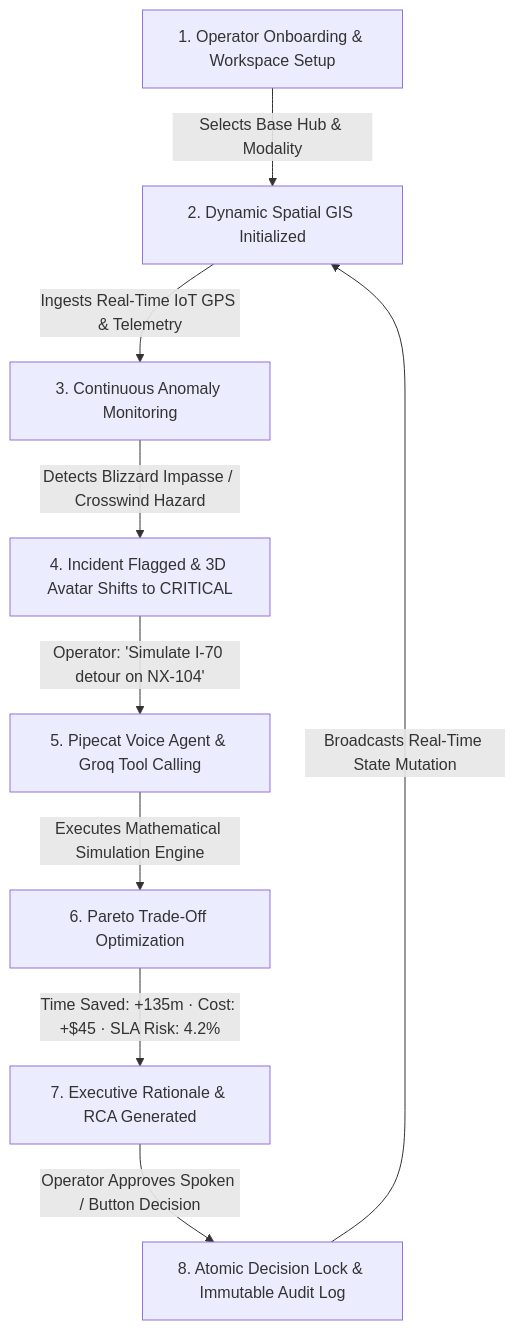
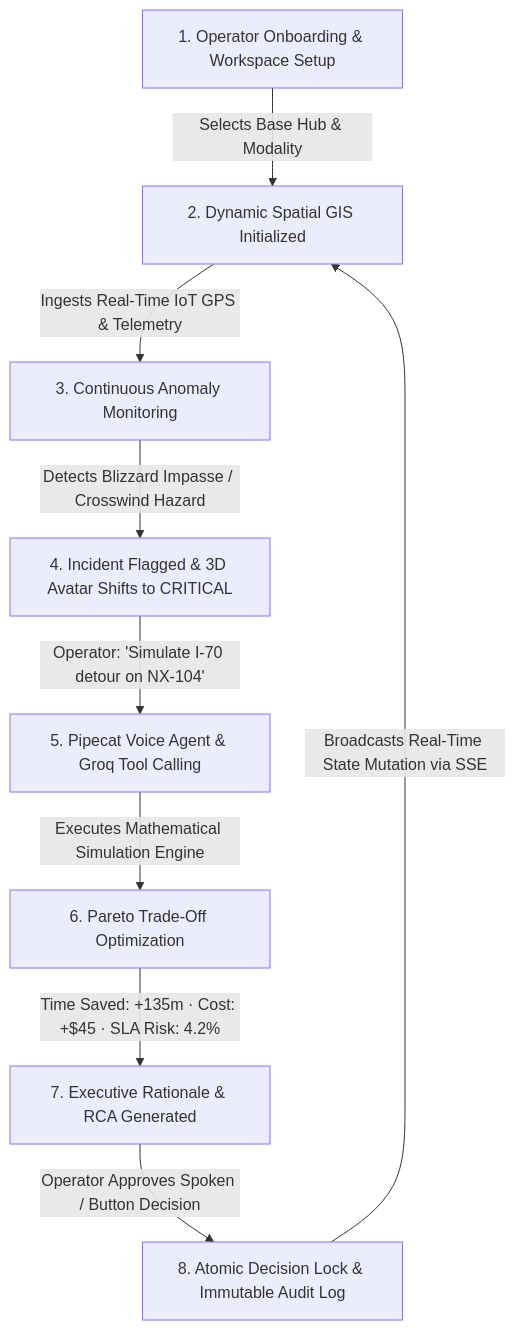
Before and after one commit to AadityaUniyal/Nexus: the diagram in README.md, drawn with Mermaid. The commit also changed other lines of this file and 3 other files, not shown here.

Commit message:
docs: overhaul README, Architecture, Database, and Design System specifications

````diff
--- a/README.md
+++ b/README.md
@@ -61,11 +64,11 @@
 ```mermaid
 flowchart TD
     A["1. Operator Onboarding & Workspace Setup"] -->|"Selects Base Hub & Modality"| B["2. Dynamic Spatial GIS Initialized"]
     B -->|"Ingests Real-Time IoT GPS & Telemetry"| C["3. Continuous Anomaly Monitoring"]
     C -->|"Detects Blizzard Impasse / Crosswind Hazard"| D["4. Incident Flagged & 3D Avatar Shifts to CRITICAL"]
     D -->|"Operator: 'Simulate I-70 detour on NX-104'"| E["5. Pipecat Voice Agent & Groq Tool Calling"]
     E -->|"Executes Mathematical Simulation Engine"| F["6. Pareto Trade-Off Optimization"]
     F -->|"Time Saved: +135m · Cost: +$45 · SLA Risk: 4.2%"| G["7. Executive Rationale & RCA Generated"]
     G -->|"Operator Approves Spoken / Button Decision"| H["8. Atomic Decision Lock & Immutable Audit Log"]
-    H -->|"Broadcasts Real-Time State Mutation"| B
+    H -->|"Broadcasts Real-Time State Mutation via SSE"| B
 ```
````
